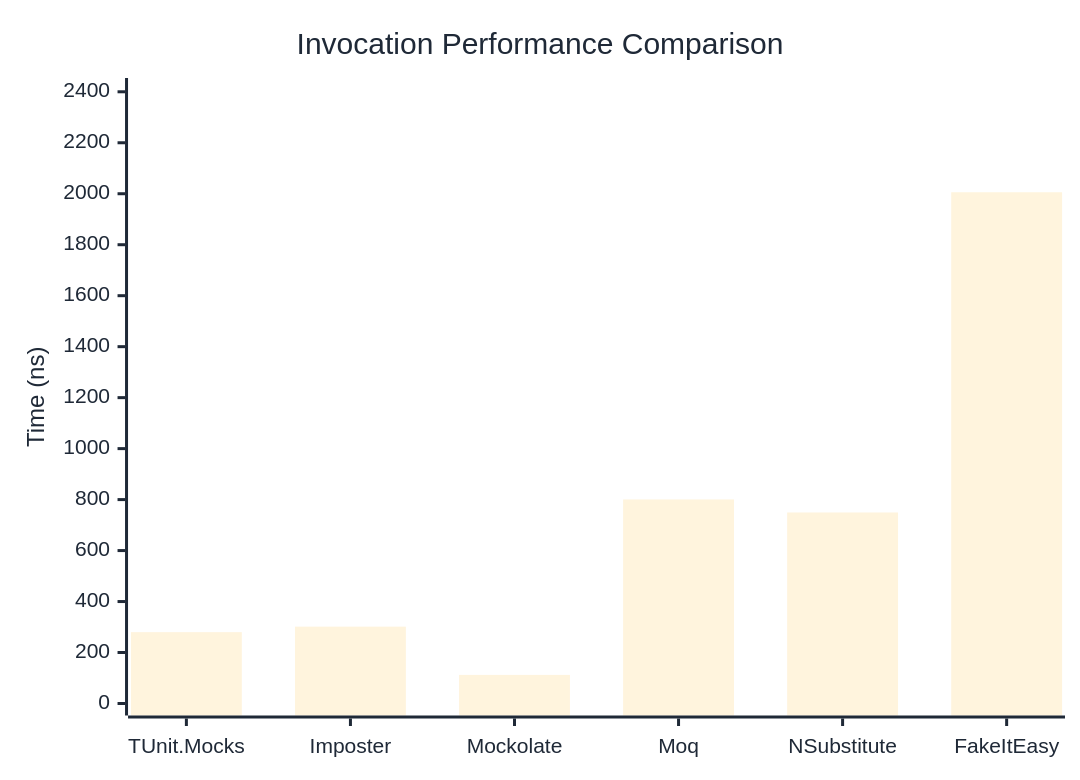
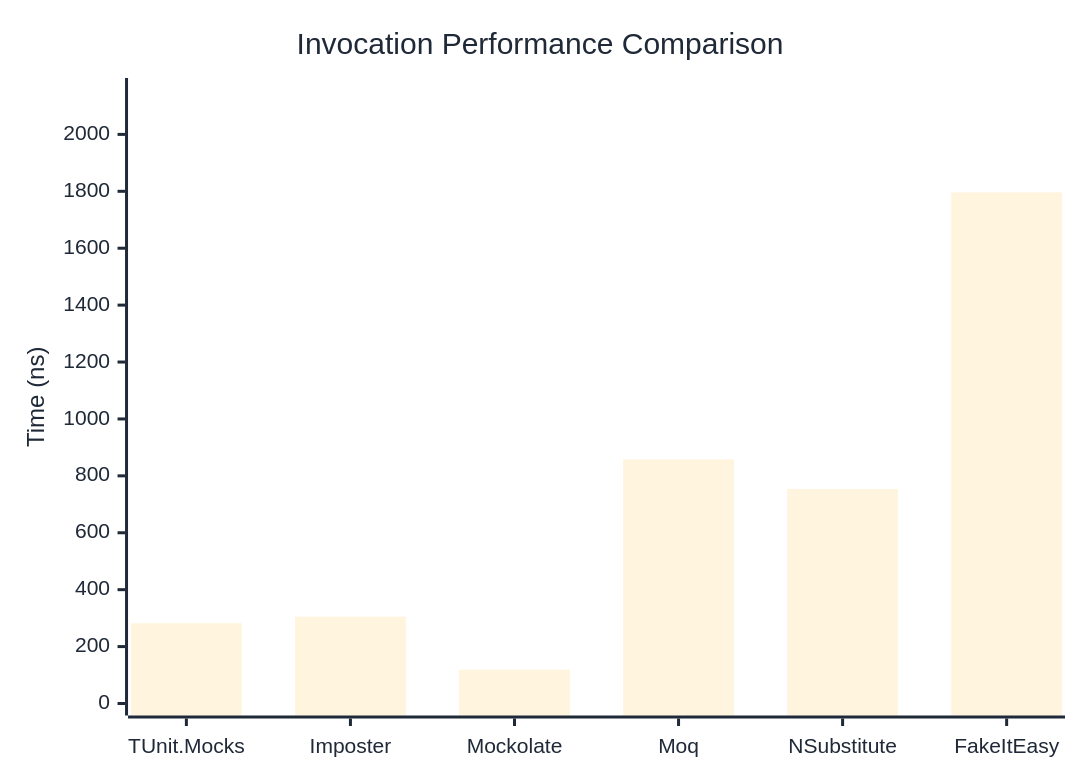
The first of 3 diagrams in docs/docs/benchmarks/mocks/Invocation.md (thomhurst/TUnit), drawn with Mermaid before and after one commit. The commit also changed other lines of this file and 14 other files, not shown here.

````diff
--- a/docs/docs/benchmarks/mocks/Invocation.md
+++ b/docs/docs/benchmarks/mocks/Invocation.md
@@ -30,27 +30,27 @@
 ```mermaid
 %%{init: {
   'theme':'base',
   'themeVariables': {
     'primaryColor': '#2563eb',
     'primaryTextColor': '#1f2937',
     'primaryBorderColor': '#1e40af',
     'lineColor': '#6b7280',
     'secondaryColor': '#7c3aed',
     'tertiaryColor': '#dc2626',
     'background': '#ffffff',
     'pie1': '#2563eb',
     'pie2': '#7c3aed',
     'pie3': '#dc2626',
     'pie4': '#f59e0b',
     'pie5': '#10b981',
     'pie6': '#06b6d4',
     'pie7': '#ec4899',
     'pie8': '#6366f1'
   }
 }}%%
 xychart-beta
   title "Invocation Performance Comparison"
   x-axis ["TUnit.Mocks", "Imposter", "Mockolate", "Moq", "NSubstitute", "FakeItEasy"]
-  y-axis "Time (ns)" 0 --> 2407
-  bar [279.9, 301.5, 112.2, 800.6, 749.5, 2005.8]
+  y-axis "Time (ns)" 0 --> 2156
+  bar [282.12, 304.95, 118.74, 857.72, 753.89, 1796.47]
 ```
````
